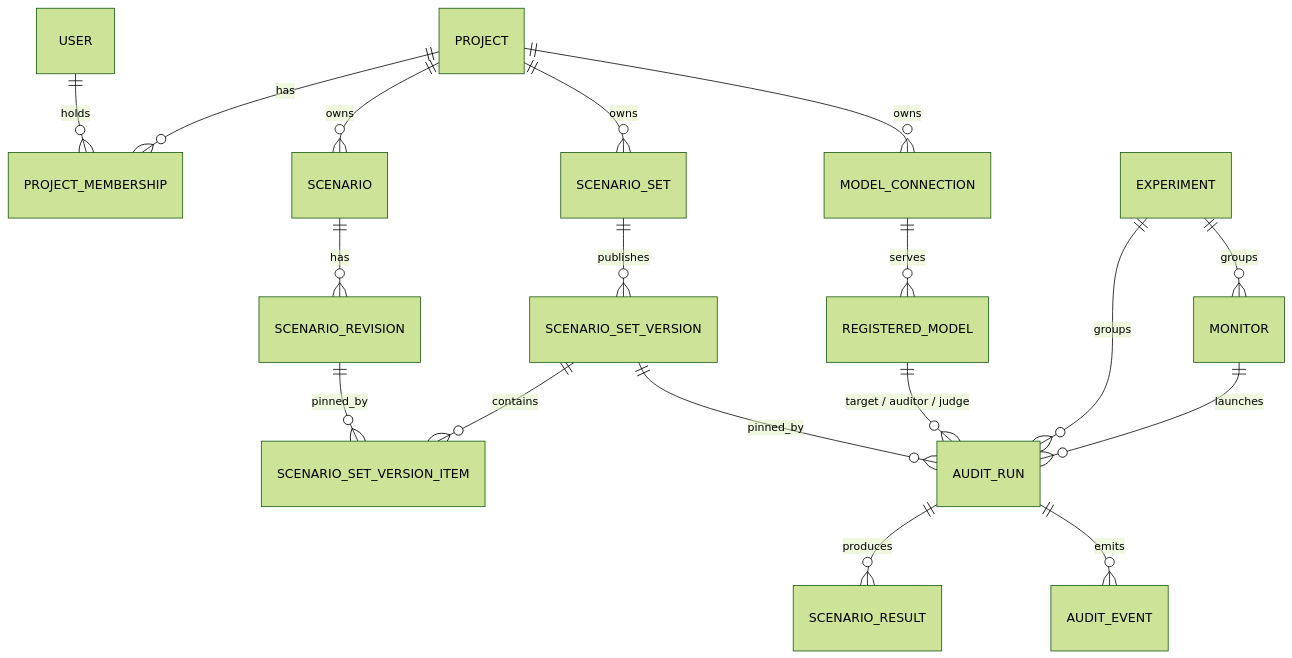
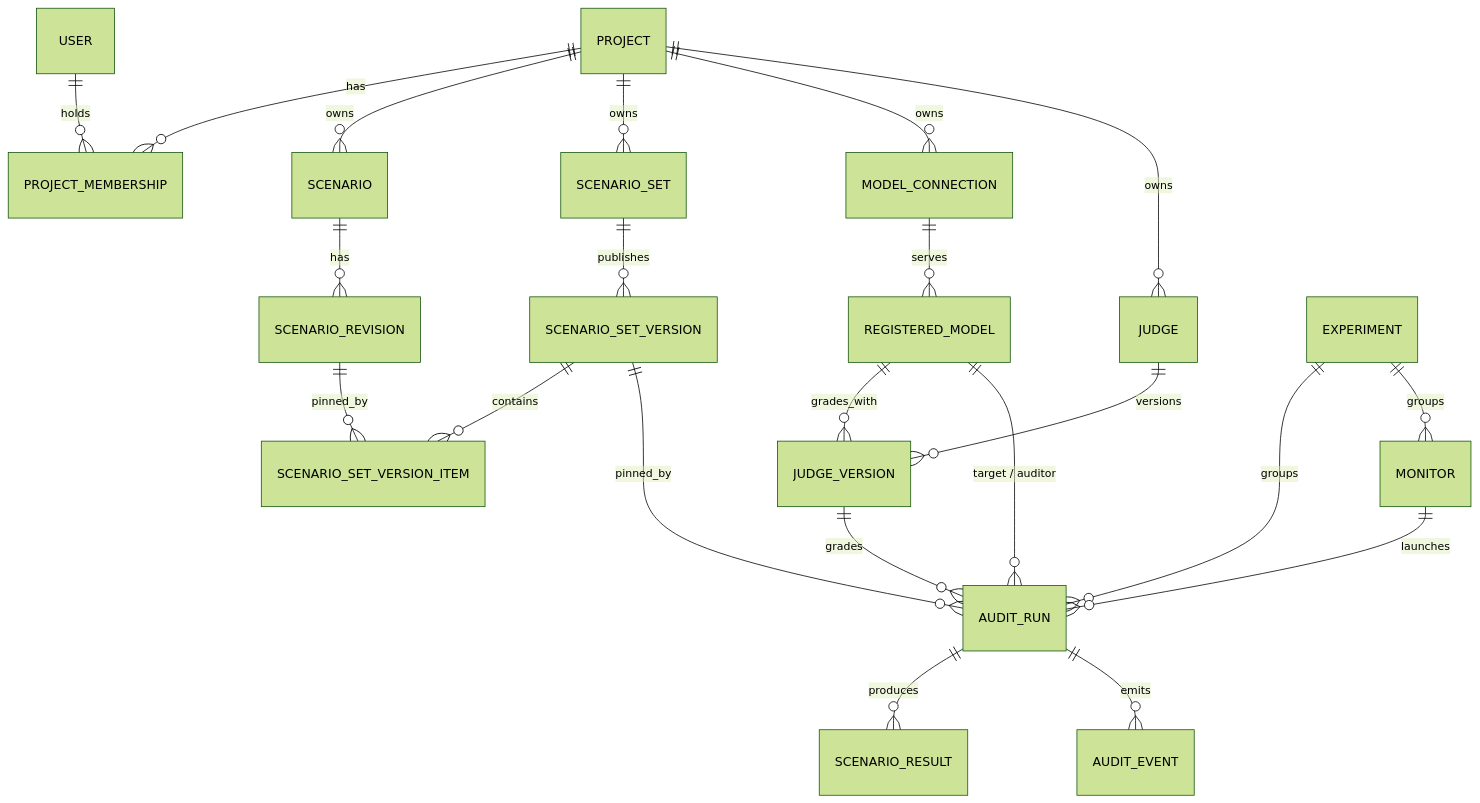
One commit to SimulaMet/SimpleAuditStudio changed the diagram in docs/domain-model.md. Above: the diagram before and after it, drawn with Mermaid (forest theme). The commit also changed other lines of this file and 54 other files, not shown here.

````diff
--- a/docs/domain-model.md
+++ b/docs/domain-model.md
@@ -16,20 +16,24 @@
 ```mermaid
 erDiagram
     PROJECT ||--o{ PROJECT_MEMBERSHIP : has
     USER ||--o{ PROJECT_MEMBERSHIP : holds
     PROJECT ||--o{ SCENARIO : owns
     PROJECT ||--o{ SCENARIO_SET : owns
     PROJECT ||--o{ MODEL_CONNECTION : owns
     SCENARIO ||--o{ SCENARIO_REVISION : has
     SCENARIO_SET ||--o{ SCENARIO_SET_VERSION : publishes
     SCENARIO_SET_VERSION ||--o{ SCENARIO_SET_VERSION_ITEM : contains
     SCENARIO_REVISION ||--o{ SCENARIO_SET_VERSION_ITEM : pinned_by
     MODEL_CONNECTION ||--o{ REGISTERED_MODEL : serves
-    REGISTERED_MODEL ||--o{ AUDIT_RUN : "target / auditor / judge"
+    PROJECT ||--o{ JUDGE : owns
+    JUDGE ||--o{ JUDGE_VERSION : versions
+    REGISTERED_MODEL ||--o{ JUDGE_VERSION : grades_with
+    REGISTERED_MODEL ||--o{ AUDIT_RUN : "target / auditor"
+    JUDGE_VERSION ||--o{ AUDIT_RUN : grades
     SCENARIO_SET_VERSION ||--o{ AUDIT_RUN : pinned_by
     EXPERIMENT ||--o{ AUDIT_RUN : groups
     EXPERIMENT ||--o{ MONITOR : groups
     MONITOR ||--o{ AUDIT_RUN : launches
     AUDIT_RUN ||--o{ SCENARIO_RESULT : produces
     AUDIT_RUN ||--o{ AUDIT_EVENT : emits
 ```
````
